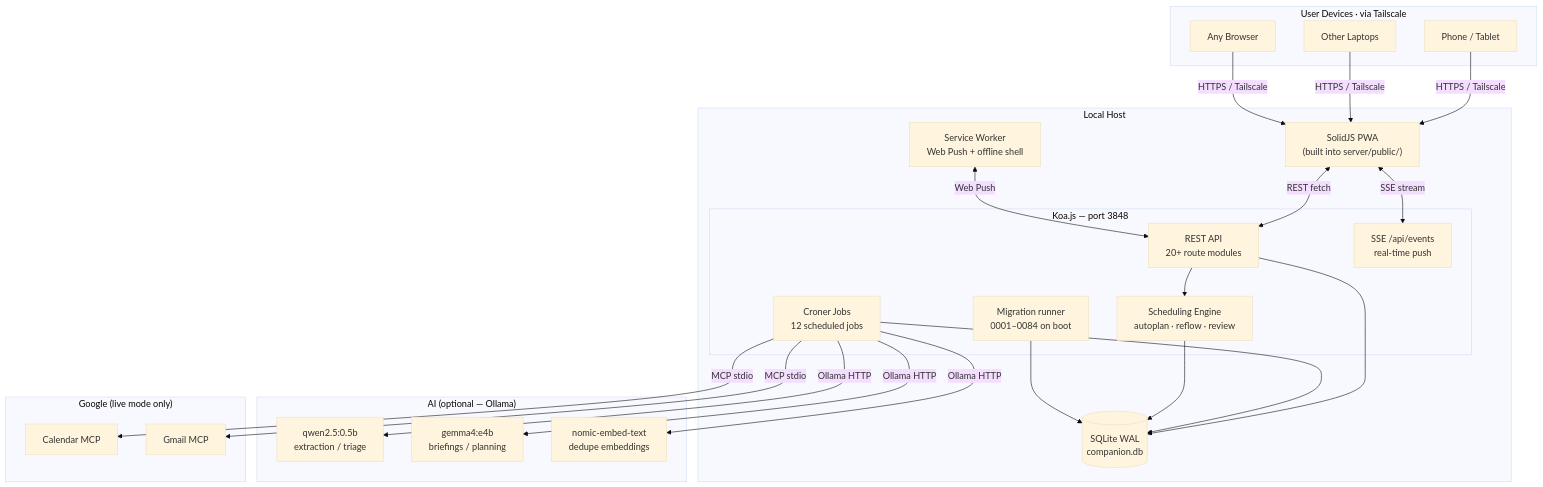
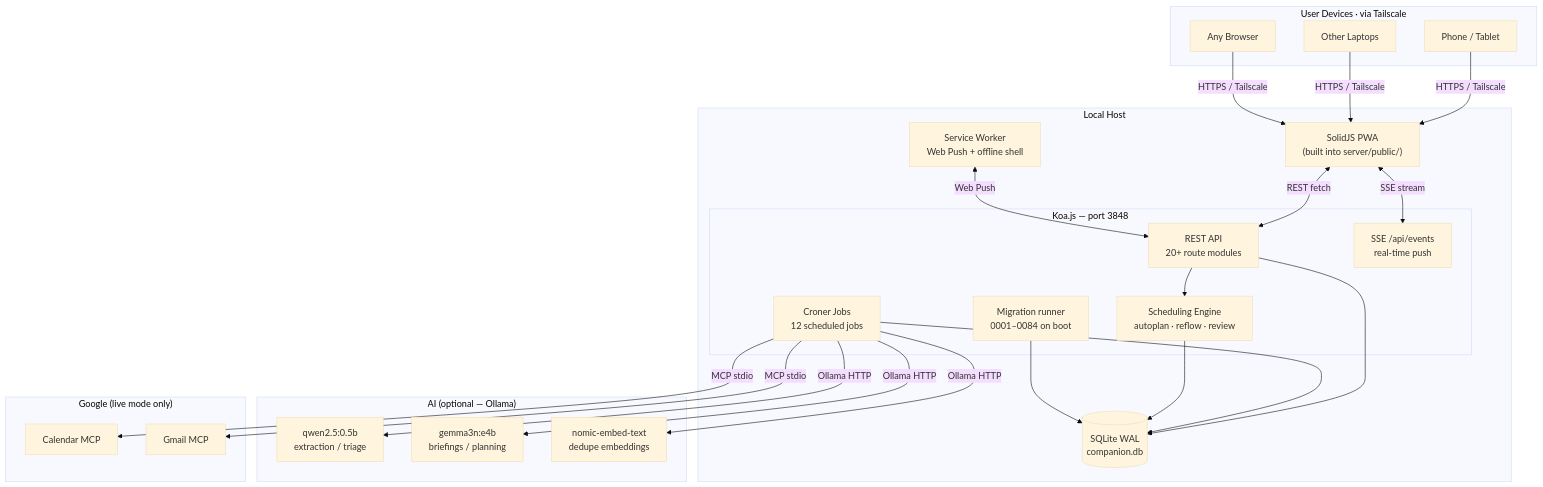
Before and after one commit to companionintelligence/CI-Planning: the first of 6 diagrams in ARCHITECTURE.md, drawn with Mermaid (base theme). The commit also changed 4 other files, not shown here.

````diff
--- a/ARCHITECTURE.md
+++ b/ARCHITECTURE.md
@@ -38,49 +38,49 @@
 ```mermaid
 graph TB
     subgraph Devices["User Devices · via Tailscale"]
         Phone["Phone / Tablet"]
         Laptop["Other Laptops"]
         Browser["Any Browser"]
     end
 
     subgraph Host["Local Host"]
         subgraph Koa["Koa.js — port 3848"]
             API["REST API<br/>20+ route modules"]
             SSE["SSE /api/events<br/>real-time push"]
             Engine["Scheduling Engine<br/>autoplan · reflow · review"]
             Cron["Croner Jobs<br/>12 scheduled jobs"]
             Migrate["Migration runner<br/>0001–0084 on boot"]
         end
         FE["SolidJS PWA<br/>(built into server/public/)"]
         SW["Service Worker<br/>Web Push + offline shell"]
         DB[("SQLite WAL<br/>companion.db")]
     end
 
     subgraph AI["AI (optional — Ollama)"]
         Small["qwen2.5:0.5b<br/>extraction / triage"]
-        Medium["gemma4:e4b<br/>briefings / planning"]
+        Medium["gemma3n:e4b<br/>briefings / planning"]
         Embed["nomic-embed-text<br/>dedupe embeddings"]
     end
 
     subgraph Google["Google (live mode only)"]
         GCal["Calendar MCP"]
         Gmail["Gmail MCP"]
     end
 
     Phone -->|HTTPS / Tailscale| FE
     Laptop -->|HTTPS / Tailscale| FE
     Browser -->|HTTPS / Tailscale| FE
     FE <-->|REST fetch| API
     FE <-->|SSE stream| SSE
     SW <-->|Web Push| API
     API --> Engine
     API --> DB
     Cron --> DB
     Cron -->|Ollama HTTP| Small
     Cron -->|Ollama HTTP| Medium
     Cron -->|Ollama HTTP| Embed
     Cron -->|MCP stdio| GCal
     Cron -->|MCP stdio| Gmail
     Engine --> DB
     Migrate --> DB
 ```
````
